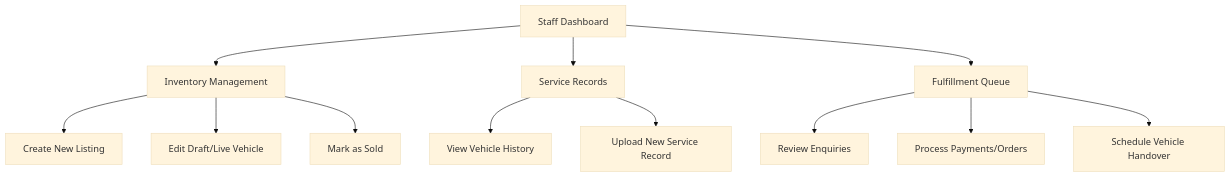
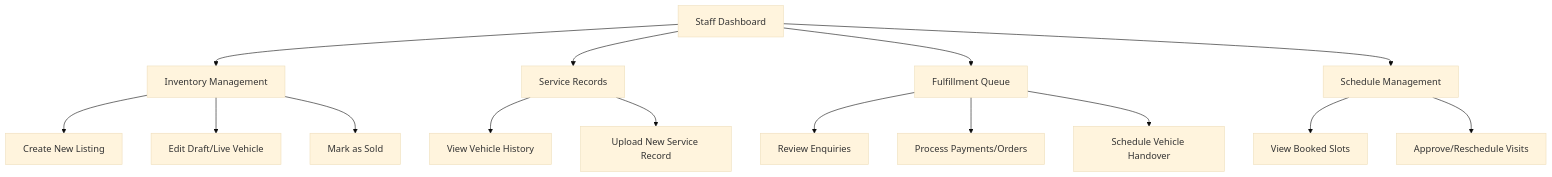
Before and after one commit to teamtribemotors/tribe-motors: the second of 3 diagrams in docs/pages.md, drawn with Mermaid (base theme). The commit also changed other lines of this file, not shown here.

Commit message:
docs: add documentation for vehicle visit and test drive scheduling flow

````diff
--- a/docs/pages.md
+++ b/docs/pages.md
@@ -87,17 +100,21 @@
 ```mermaid
 graph TD
     A[Staff Dashboard] --> B[Inventory Management]
     A --> C[Service Records]
     A --> D[Fulfillment Queue]
+    A --> E_Admin[Schedule Management]
 
     B --> B1[Create New Listing]
     B --> B2[Edit Draft/Live Vehicle]
     B --> B3[Mark as Sold]
 
     C --> C1[View Vehicle History]
     C --> C2[Upload New Service Record]
 
     D --> D1[Review Enquiries]
     D --> D2[Process Payments/Orders]
     D --> D3[Schedule Vehicle Handover]
+
+    E_Admin --> E1[View Booked Slots]
+    E_Admin --> E2[Approve/Reschedule Visits]
 ```
````
